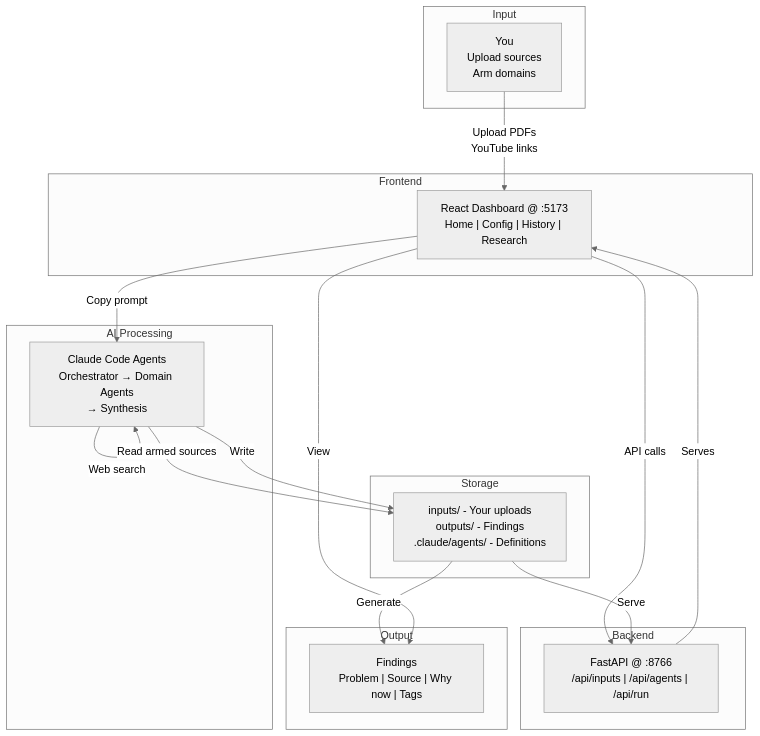
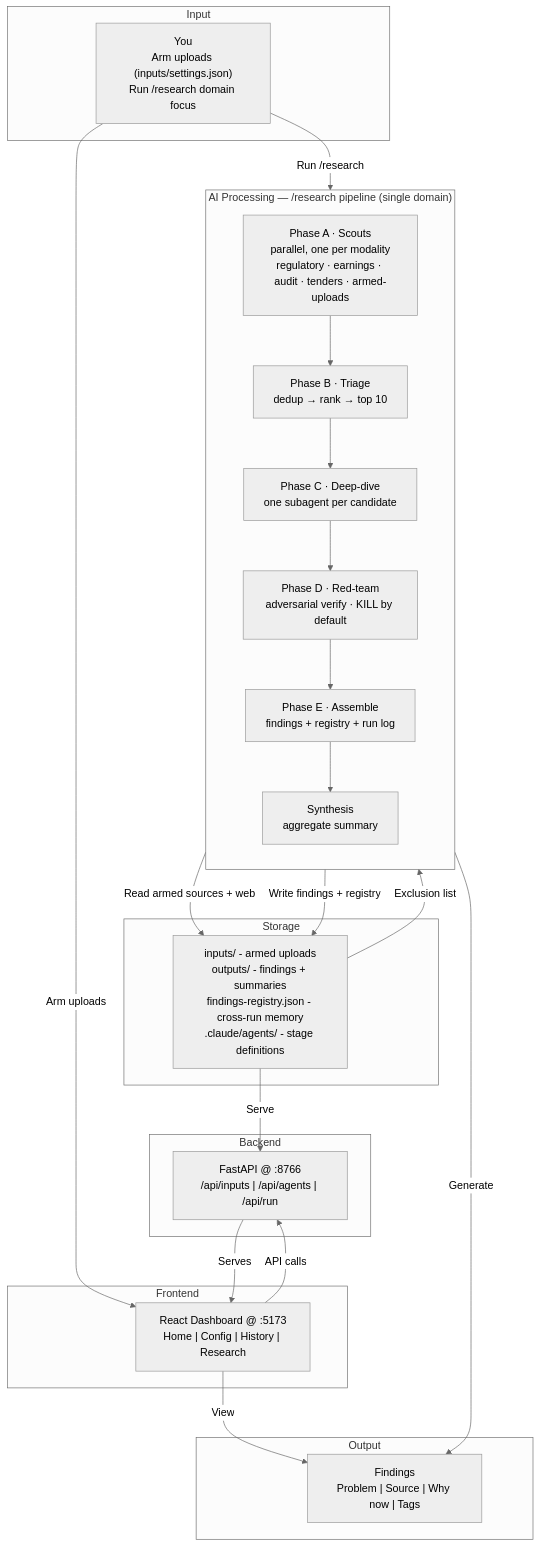
Before and after one commit to shiviancodes/research-scout: the diagram in README.md, drawn with Mermaid (neutral theme). The commit also changed other lines of this file, not shown here.

Commit message:
docs: update README for v2 pipeline architecture

````diff
--- a/README.md
+++ b/README.md
@@ -85,37 +82,44 @@
 ```mermaid
 flowchart TB
     subgraph input["Input"]
-        User["You<br/>Upload sources<br/>Arm domains"]
+        User["You<br/>Arm uploads (inputs/settings.json)<br/>Run /research domain focus"]
     end
     
     subgraph frontend["Frontend"]
         Dashboard["React Dashboard @ :5173<br/>Home | Config | History | Research"]
     end
     
     subgraph backend["Backend"]
         API["FastAPI @ :8766<br/>/api/inputs | /api/agents | /api/run"]
     end
     
-    subgraph processing["AI Processing"]
-        Agents["Claude Code Agents<br/>Orchestrator → Domain Agents<br/>→ Synthesis"]
+    subgraph processing["AI Processing — /research pipeline (single domain)"]
+        direction TB
+        Scouts["Phase A · Scouts<br/>parallel, one per modality<br/>regulatory · earnings · audit · tenders · armed-uploads"]
+        Triage["Phase B · Triage<br/>dedup → rank → top 10"]
+        DeepDive["Phase C · Deep-dive<br/>one subagent per candidate"]
+        RedTeam["Phase D · Red-team<br/>adversarial verify · KILL by default"]
+        Assemble["Phase E · Assemble<br/>findings + registry + run log"]
+        Synthesis["Synthesis<br/>aggregate summary"]
+        Scouts --> Triage --> DeepDive --> RedTeam --> Assemble --> Synthesis
     end
     
     subgraph storage["Storage"]
-        Files["inputs/ - Your uploads<br/>outputs/ - Findings<br/>.claude/agents/ - Definitions"]
+        Files["inputs/ - armed uploads<br/>outputs/ - findings + summaries<br/>findings-registry.json - cross-run memory<br/>.claude/agents/ - stage definitions"]
     end
     
     subgraph output["Output"]
         Findings["Findings<br/>Problem | Source | Why now | Tags"]
     end
     
-    User -->|Upload PDFs<br/>YouTube links| Dashboard
+    User -->|Arm uploads| Dashboard
+    User -->|Run /research| Scouts
     Dashboard -->|API calls| API
-    Dashboard -->|Copy prompt| Agents
     API -->|Serves| Dashboard
-    Agents -->|Read armed sources| Files
-    Agents -->|Web search| Agents
-    Agents -->|Write| Files
+    Files -->|Exclusion list| Scouts
+    Scouts -->|Read armed sources + web| Files
+    Assemble -->|Write findings + registry| Files
     Files -->|Serve| API
-    Files -->|Generate| Findings
+    Assemble -->|Generate| Findings
     Dashboard -->|View| Findings
 ```
````
